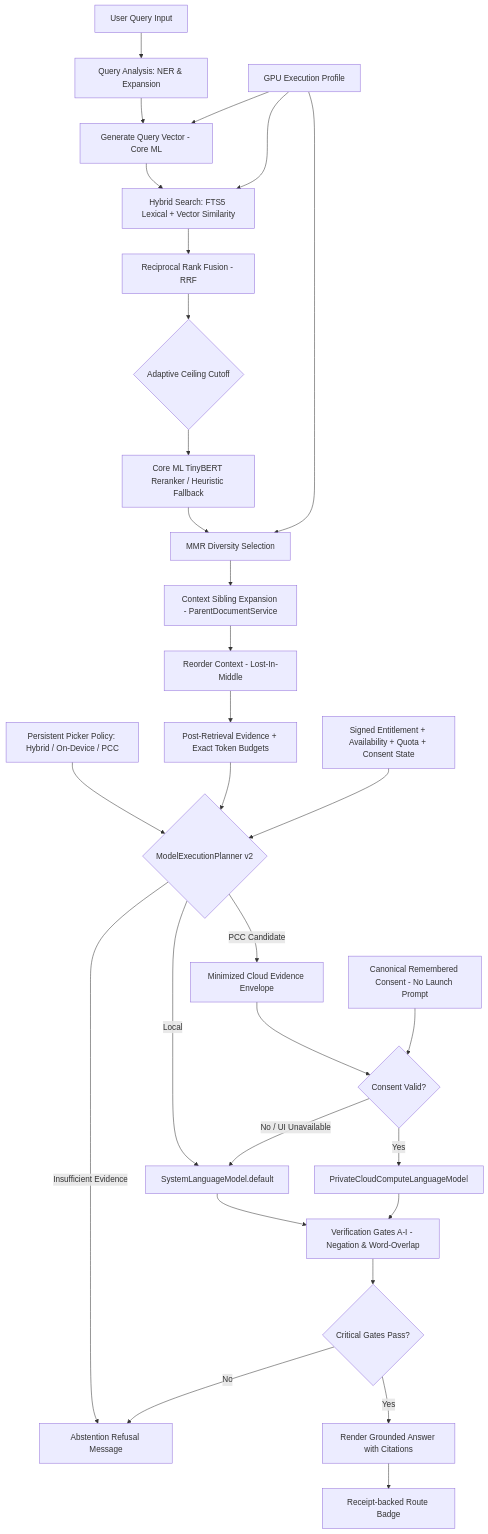
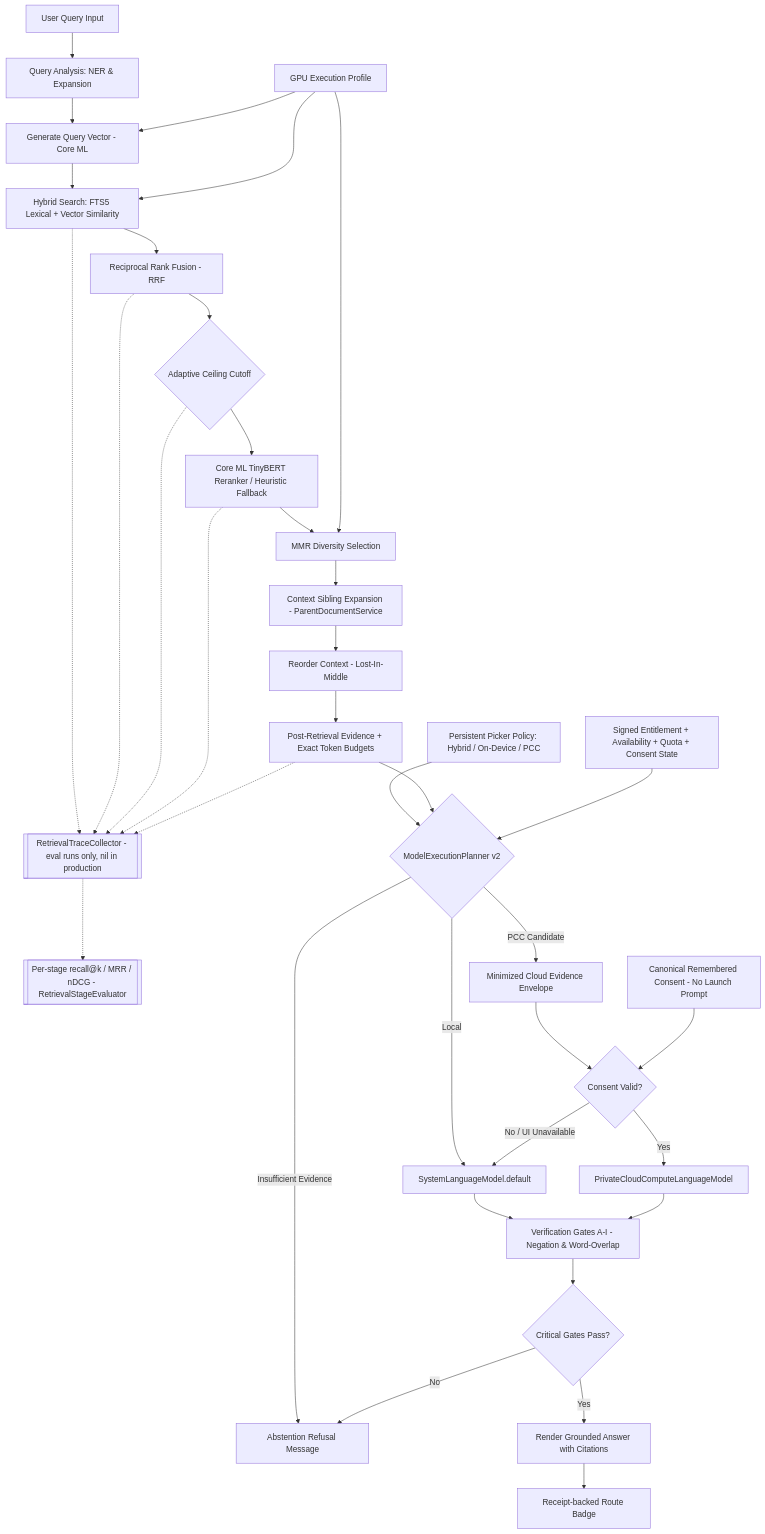
Before and after one commit to Gunnarguy/OpenIntelligence: the diagram in Docs/RETRIEVAL_PIPELINE.md, drawn with Mermaid. The commit also changed other lines of this file and 8 other files, not shown here.

First line of the commit message:
feat(Retrieval): wire per-stage metrics in, and fix the pipeline model they assumed

````diff
--- a/Docs/RETRIEVAL_PIPELINE.md
+++ b/Docs/RETRIEVAL_PIPELINE.md
@@ -21,32 +21,38 @@
 ```mermaid
 flowchart TD
     UserQuery[User Query Input] --> QueryPlan[Query Analysis: NER & Expansion]
     QueryPlan --> EmbeddingGen[Generate Query Vector - Core ML]
     GPUProfile[GPU Execution Profile] --> EmbeddingGen
     EmbeddingGen --> HybridSearch[Hybrid Search: FTS5 Lexical + Vector Similarity]
     GPUProfile --> HybridSearch
     HybridSearch --> RRF[Reciprocal Rank Fusion - RRF]
     RRF --> Cutoff{Adaptive Ceiling Cutoff}
     Cutoff --> Rerank[Core ML TinyBERT Reranker / Heuristic Fallback]
     Rerank --> MMR[MMR Diversity Selection]
     GPUProfile --> MMR
     MMR --> ContextExpand[Context Sibling Expansion - ParentDocumentService]
     ContextExpand --> LostInMiddle[Reorder Context - Lost-In-Middle]
     LostInMiddle --> Evidence[Post-Retrieval Evidence + Exact Token Budgets]
+    HybridSearch -.-> Trace[[RetrievalTraceCollector - eval runs only, nil in production]]
+    RRF -.-> Trace
+    Cutoff -.-> Trace
+    Rerank -.-> Trace
+    Evidence -.-> Trace
+    Trace -.-> StageScore[[Per-stage recall@k / MRR / nDCG - RetrievalStageEvaluator]]
     Policy[Persistent Picker Policy: Hybrid / On-Device / PCC] --> ModelRoute
     Evidence --> ModelRoute{ModelExecutionPlanner v2}
     Capability[Signed Entitlement + Availability + Quota + Consent State] --> ModelRoute
     ModelRoute -- Insufficient Evidence --> AbstainRefusal
     ModelRoute -- Local --> LocalLLM[SystemLanguageModel.default]
     ModelRoute -- PCC Candidate --> Minimize[Minimized Cloud Evidence Envelope]
     Minimize --> Consent{Consent Valid?}
     Remembered[Canonical Remembered Consent - No Launch Prompt] --> Consent
     Consent -- Yes --> PCCLLM[PrivateCloudComputeLanguageModel]
     Consent -- No / UI Unavailable --> LocalLLM
     LocalLLM --> Verification[Verification Gates A-I - Negation & Word-Overlap]
     PCCLLM --> Verification
     Verification --> Decision{Critical Gates Pass?}
     Decision -- Yes --> GroundedAnswer[Render Grounded Answer with Citations]
     Decision -- No --> AbstainRefusal[Abstention Refusal Message]
     GroundedAnswer --> RouteBadge[Receipt-backed Route Badge]
 ```
````
